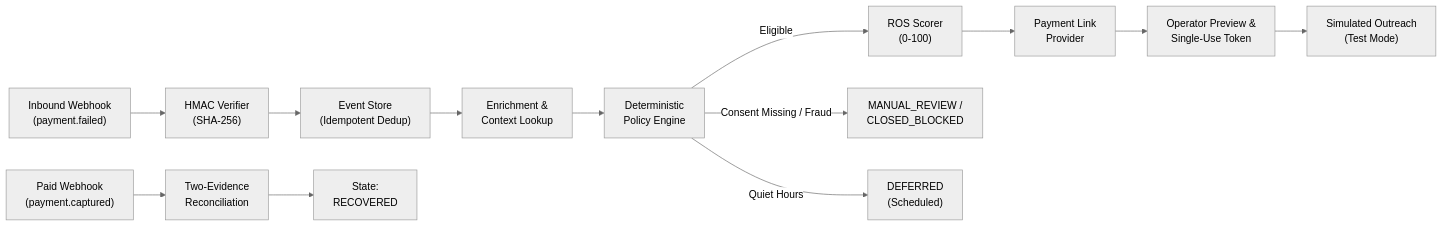
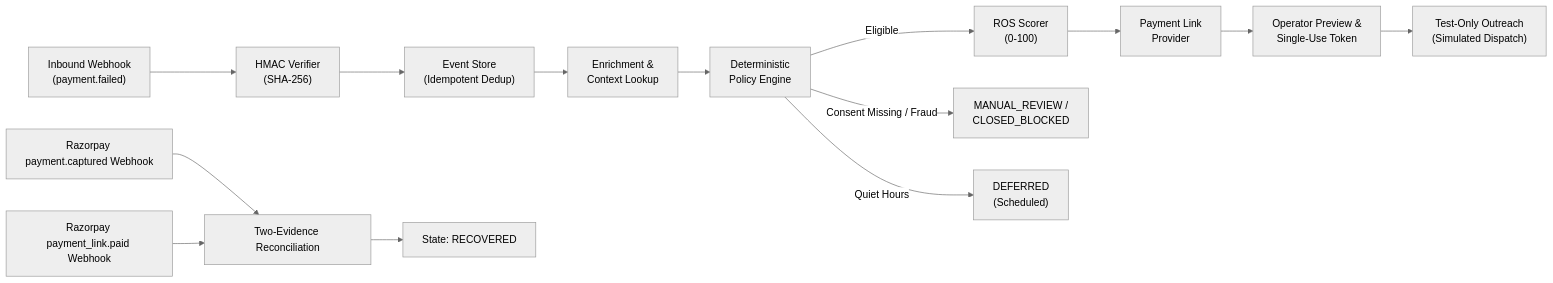
One commit to manish930s/retrypay changed the diagram in README.md. Above: the diagram before and after it, drawn with Mermaid (neutral theme). The commit also changed 1 other file, not shown here.

Commit message:
docs: update Mermaid diagrams with separate two-evidence webhook nodes and test-only outreach label

````diff
--- a/README.md
+++ b/README.md
@@ -30,15 +30,16 @@
 ```mermaid
 flowchart LR
     A["Inbound Webhook\n(payment.failed)"] --> B["HMAC Verifier\n(SHA-256)"]
     B --> C["Event Store\n(Idempotent Dedup)"]
+    C --> D["Enrichment &\nContext Lookup"]
     D --> E["Deterministic\nPolicy Engine"]
-    C --> D["Enrichment &\nContext Lookup"]
     E -->|Eligible| F["ROS Scorer\n(0-100)"]
     E -->|Consent Missing / Fraud| G["MANUAL_REVIEW /\nCLOSED_BLOCKED"]
     E -->|Quiet Hours| H["DEFERRED\n(Scheduled)"]
     F --> I["Payment Link\nProvider"]
     I --> J["Operator Preview &\nSingle-Use Token"]
-    J --> K["Simulated Outreach\n(Test Mode)"]
-    L["Paid Webhook\n(payment.captured)"] --> M["Two-Evidence\nReconciliation"]
-    M --> N["State:\nRECOVERED"]
+    J --> K["Test-Only Outreach\n(Simulated Dispatch)"]
+    L1["Razorpay payment.captured Webhook"] --> M["Two-Evidence Reconciliation"]
+    L2["Razorpay payment_link.paid Webhook"] --> M
+    M --> N["State: RECOVERED"]
 ```
````
